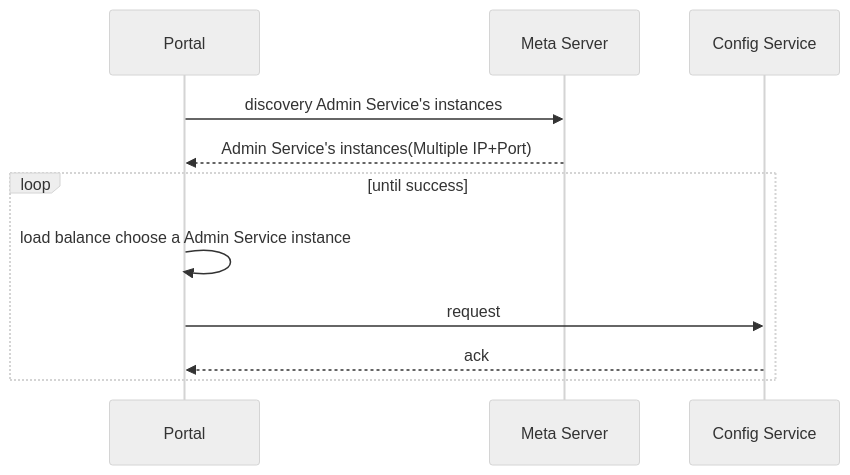
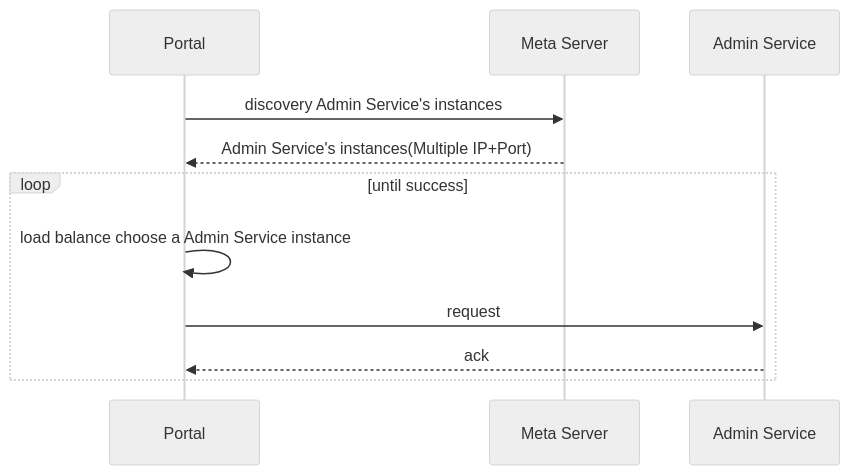
The fifth of 7 diagrams in docs/zh/design/apollo-design.md (apolloconfig/apollo), drawn with Mermaid (neutral theme) before and after one commit.

Commit message:
Update apollo-design.md: fix typo

````diff
--- a/docs/zh/design/apollo-design.md
+++ b/docs/zh/design/apollo-design.md
@@ -75,10 +75,10 @@
 ```mermaid
 sequenceDiagram
 	Portal ->> Meta Server: discovery Admin Service's instances
 	Meta Server -->> Portal: Admin Service's instances(Multiple IP+Port)
 	loop until success
 		Portal ->> Portal: load balance choose a Admin Service instance
-		Portal ->> Config Service: request
-		Config Service -->> Portal: ack
+		Portal ->> Admin Service: request
+		Admin Service -->> Portal: ack
 	end
 ```
````
